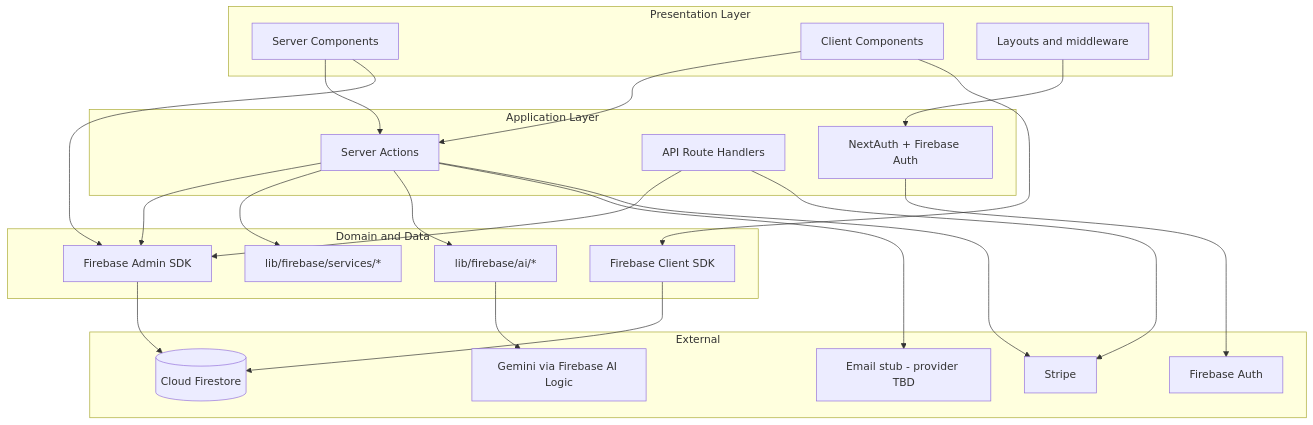
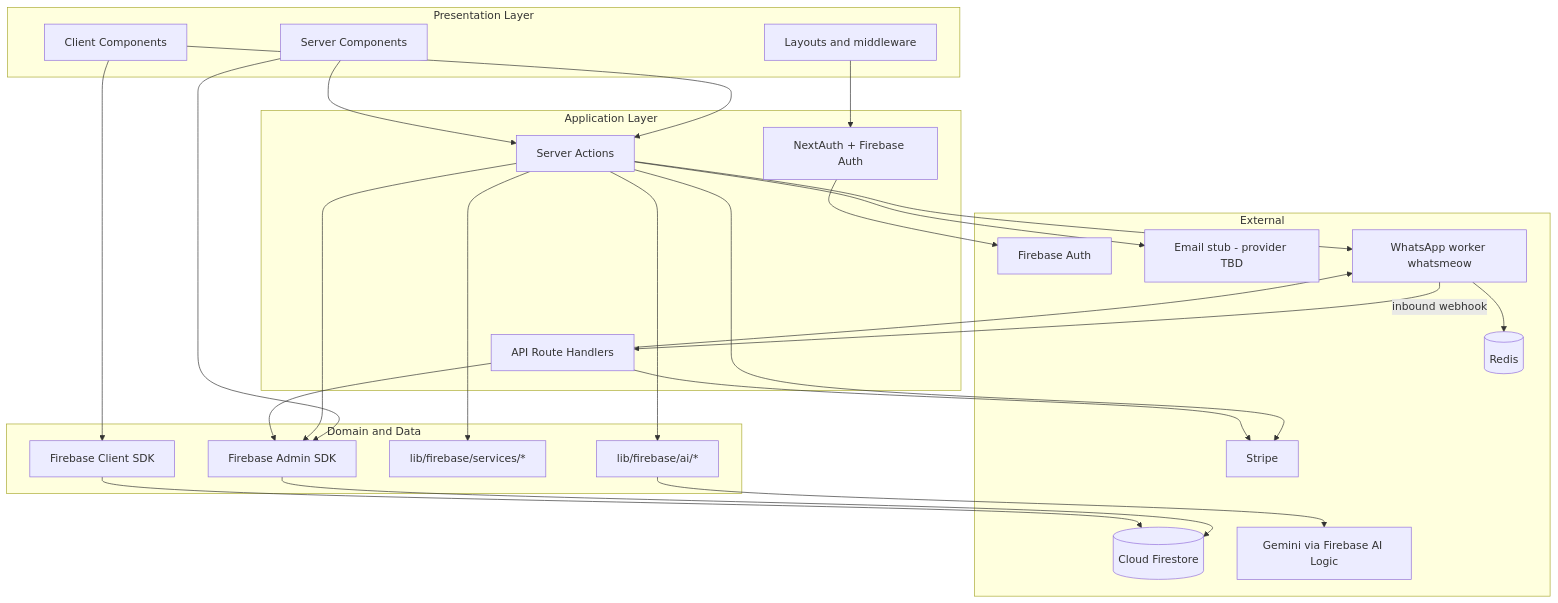
Before and after one commit to rafamessias/botinho.ai: the first of 3 diagrams in docs/spec/02-architecture.md, drawn with Mermaid. The commit also changed other lines of this file and 97 other files, not shown here.

First line of the commit message:
Harden WhatsApp reliability with store persistence, pairing lifecycle, and session rebind.

````diff
--- a/docs/spec/02-architecture.md
+++ b/docs/spec/02-architecture.md
@@ -36,46 +37,52 @@
 ```mermaid
 flowchart TB
   subgraph presentation [Presentation Layer]
     RSC[Server Components]
     Client[Client Components]
     Layouts[Layouts and middleware]
   end
 
   subgraph application [Application Layer]
     SA[Server Actions]
     API[API Route Handlers]
     Auth[NextAuth + Firebase Auth]
   end
 
   subgraph domain [Domain and Data]
     FirestoreAdmin[Firebase Admin SDK]
     FirestoreClient[Firebase Client SDK]
     Services[lib/firebase/services/*]
     AI[lib/firebase/ai/*]
   end
 
   subgraph external [External]
     Firestore[(Cloud Firestore)]
     FirebaseAuth[Firebase Auth]
     Gemini[Gemini via Firebase AI Logic]
     Stripe[Stripe]
     EmailStub[Email stub - provider TBD]
+    Redis[(Redis)]
+    WAWorker[WhatsApp worker whatsmeow]
   end
 
   Client --> SA
   Client --> FirestoreClient
   RSC --> SA
   RSC --> FirestoreAdmin
   Layouts --> Auth
   SA --> FirestoreAdmin
   SA --> Services
   SA --> AI
   SA --> EmailStub
   SA --> Stripe
+  SA --> WAWorker
   API --> FirestoreAdmin
   API --> Stripe
+  API --> WAWorker
+  WAWorker --> Redis
+  WAWorker -->|inbound webhook| API
   FirestoreAdmin --> Firestore
   FirestoreClient --> Firestore
   Auth --> FirebaseAuth
   AI --> Gemini
 ```
````
